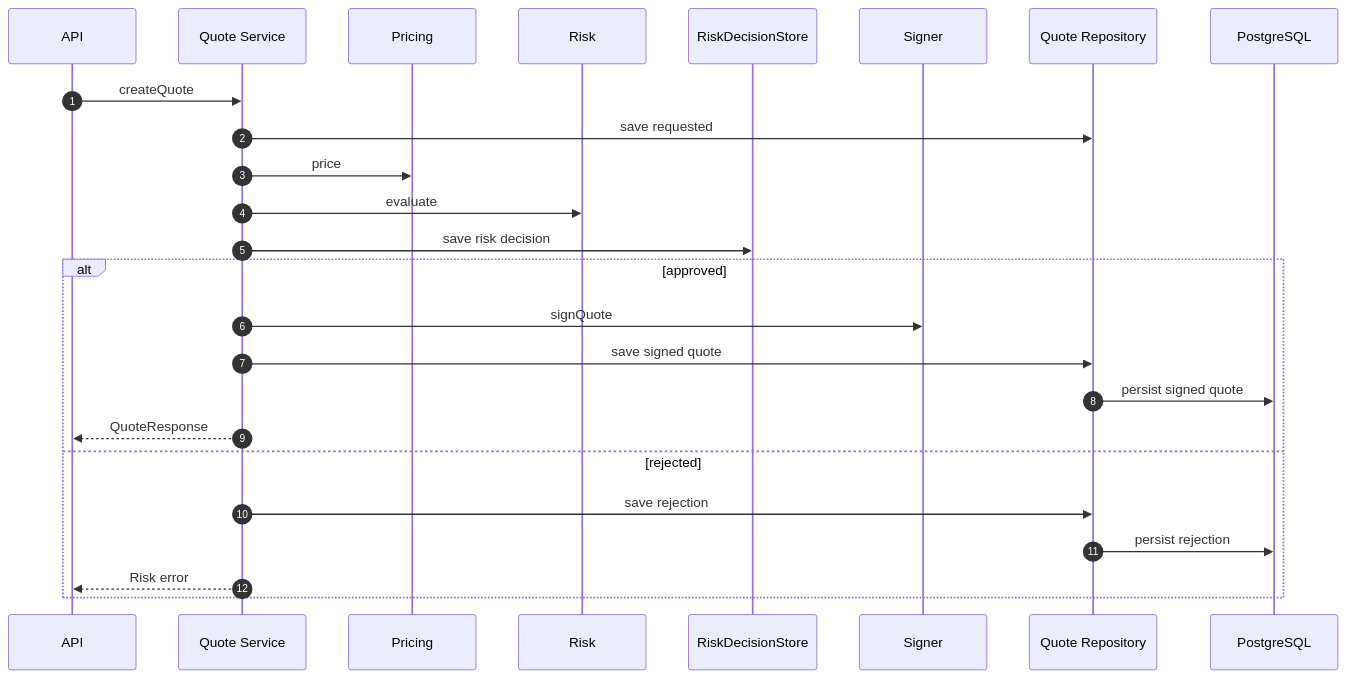
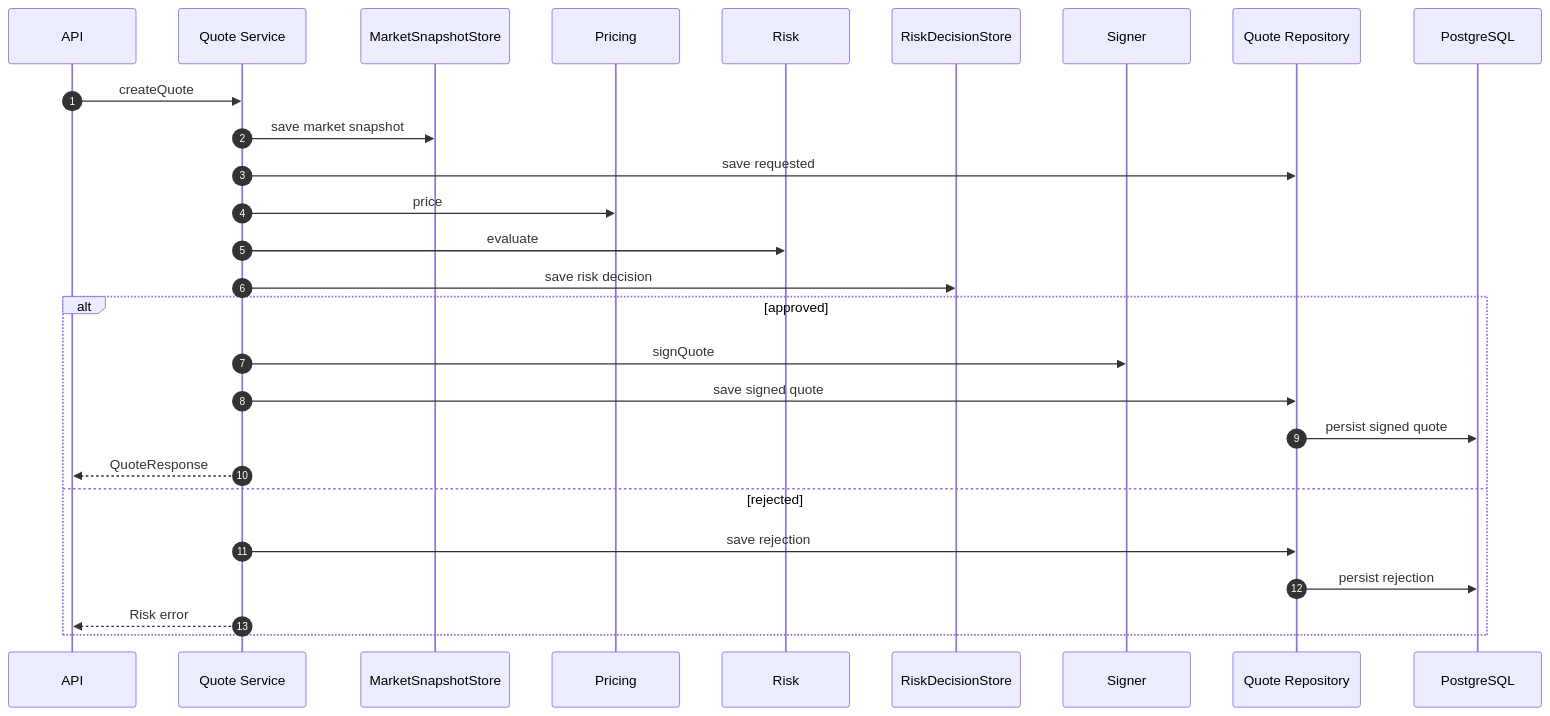
The second of 3 diagrams in book/Volume5-BackendEngineering/Chapter02-Quote-Service.md (alvis-ai/production-grade-web3-rfq-market-maker), drawn with Mermaid before and after one commit. The commit also changed other lines of this file and 13 other files, not shown here.

````diff
--- a/book/Volume5-BackendEngineering/Chapter02-Quote-Service.md
+++ b/book/Volume5-BackendEngineering/Chapter02-Quote-Service.md
@@ -74,28 +74,30 @@
 ```mermaid
 sequenceDiagram
   autonumber
   participant API
   participant Q as Quote Service
+  participant SnapshotStore as MarketSnapshotStore
   participant P as Pricing
   participant R as Risk
   participant Audit as RiskDecisionStore
   participant S as Signer
   participant Repo as Quote Repository
   participant DB as PostgreSQL
 
   API->>Q: createQuote
+  Q->>SnapshotStore: save market snapshot
   Q->>Repo: save requested
   Q->>P: price
   Q->>R: evaluate
   Q->>Audit: save risk decision
   alt approved
     Q->>S: signQuote
     Q->>Repo: save signed quote
     Repo->>DB: persist signed quote
     Q-->>API: QuoteResponse
   else rejected
     Q->>Repo: save rejection
     Repo->>DB: persist rejection
     Q-->>API: Risk error
   end
 ```
````
